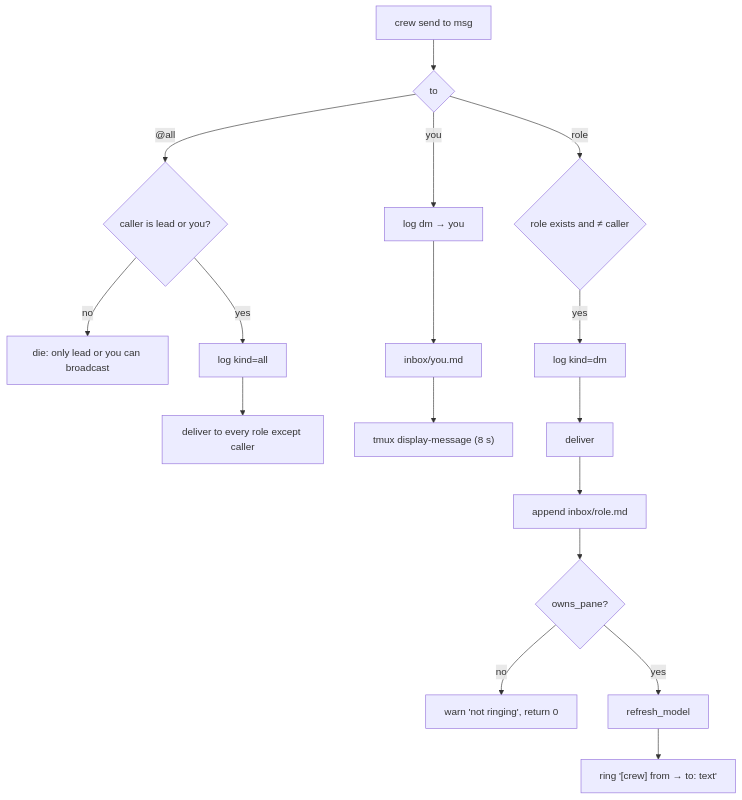
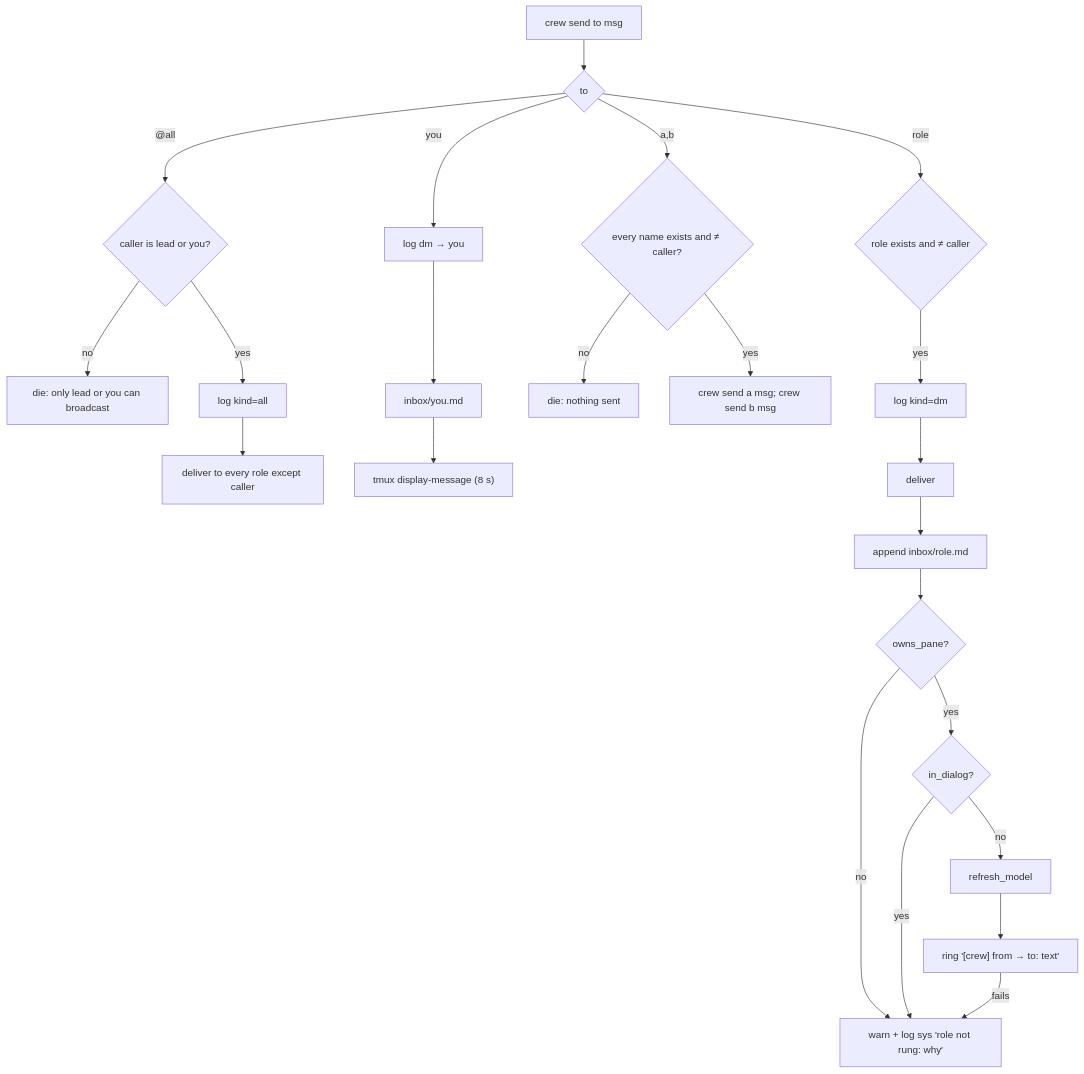
Before and after one commit to mifwar/crew: the first of 2 diagrams in lode/cli/messaging.md, drawn with Mermaid. The commit also changed other lines of this file and 6 other files, not shown here.

First line of the commit message:
crew: hold doorbells at approval prompts, log unrung doorbells, send to a list

````diff
--- a/lode/cli/messaging.md
+++ b/lode/cli/messaging.md
@@ -5,13 +5,19 @@
 ```mermaid
 flowchart TD
   s[crew send to msg] --> who{to}
   who -- "@all" --> perm{caller is lead or you?}
   perm -- no --> die[die: only lead or you can broadcast]
   perm -- yes --> logall[log kind=all] --> each["deliver to every role except caller"]
   who -- you --> logyou[log dm → you] --> youinbox[inbox/you.md] --> disp["tmux display-message (8 s)"]
+  who -- "a,b" --> all{every name exists and ≠ caller?}
+  all -- no --> die2[die: nothing sent]
+  all -- yes --> each2["crew send a msg; crew send b msg"]
   who -- role --> check{role exists and ≠ caller}
   check -- yes --> logdm[log kind=dm] --> dl[deliver]
   dl --> inbox[append inbox/role.md] --> own{owns_pane?}
-  own -- no --> warn["warn 'not ringing', return 0"]
-  own -- yes --> model[refresh_model] --> ring["ring '[crew] from → to: text'"]
+  own -- no --> notrung["warn + log sys 'role not rung: why'"]
+  own -- yes --> dlg{in_dialog?}
+  dlg -- yes --> notrung
+  dlg -- no --> model[refresh_model] --> ring["ring '[crew] from → to: text'"]
+  ring -- fails --> notrung
 ```
````
